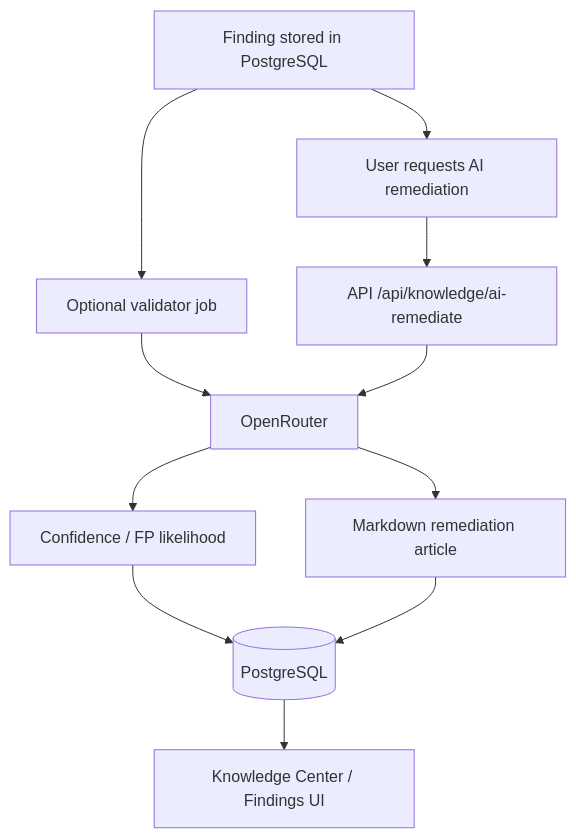
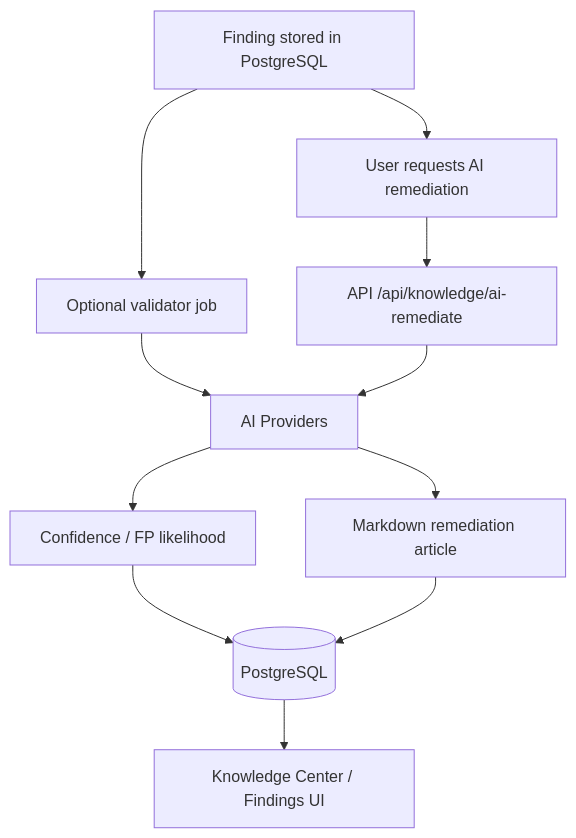
The fourth of 4 diagrams in README.md (Dyallab/HenKaiPan), drawn with Mermaid before and after one commit. The commit also changed other lines of this file and 45 other files, not shown here.

````diff
--- a/README.md
+++ b/README.md
@@ -114,14 +126,14 @@
 ```mermaid
 flowchart TD
     F[Finding stored in PostgreSQL] --> V[Optional validator job]
-    V --> O[OpenRouter]
-    O --> A[Confidence / FP likelihood]
+    V --> AI[AI Providers]
+    AI --> A[Confidence / FP likelihood]
     A --> DB[(PostgreSQL)]
 
     F --> R[User requests AI remediation]
     R --> API[API /api/knowledge/ai-remediate]
-    API --> O
-    O --> K[Markdown remediation article]
+    API --> AI
+    AI --> K[Markdown remediation article]
     K --> DB
     DB --> UI[Knowledge Center / Findings UI]
 ```
````
